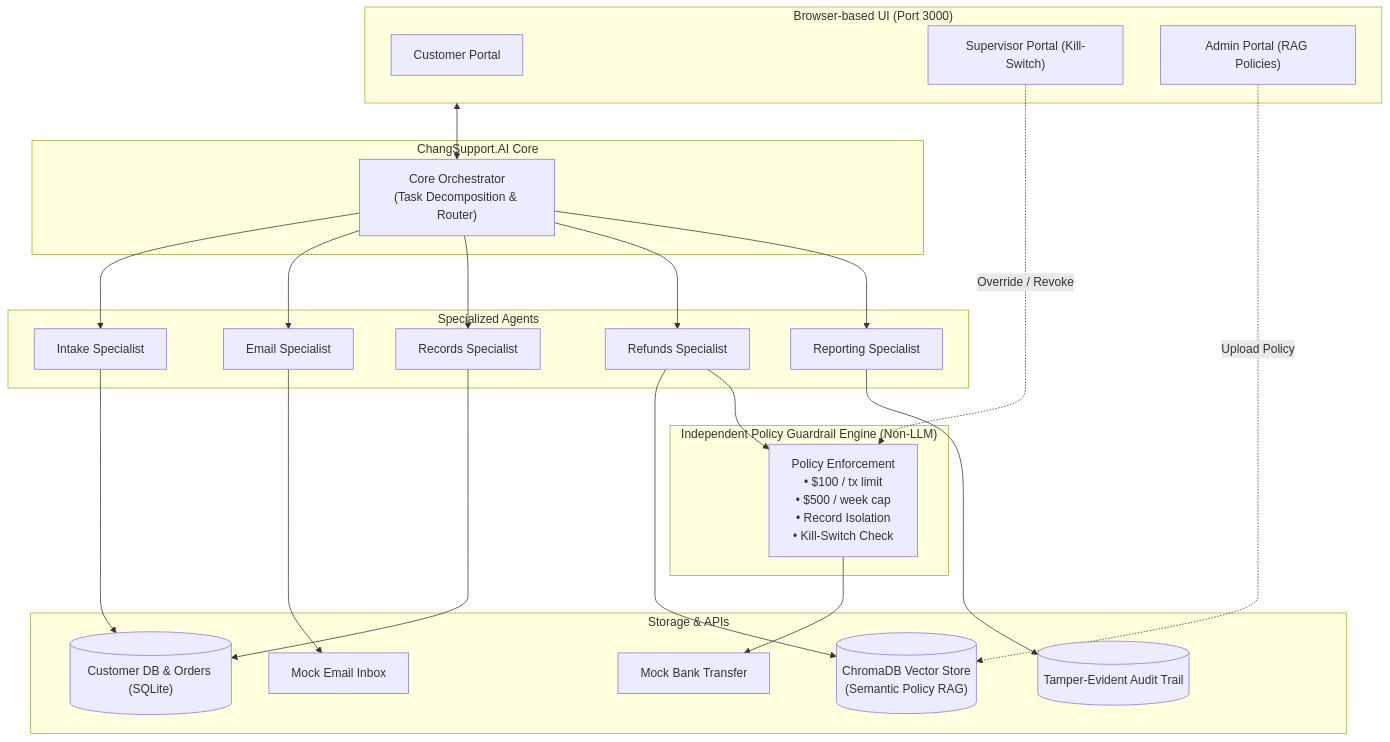
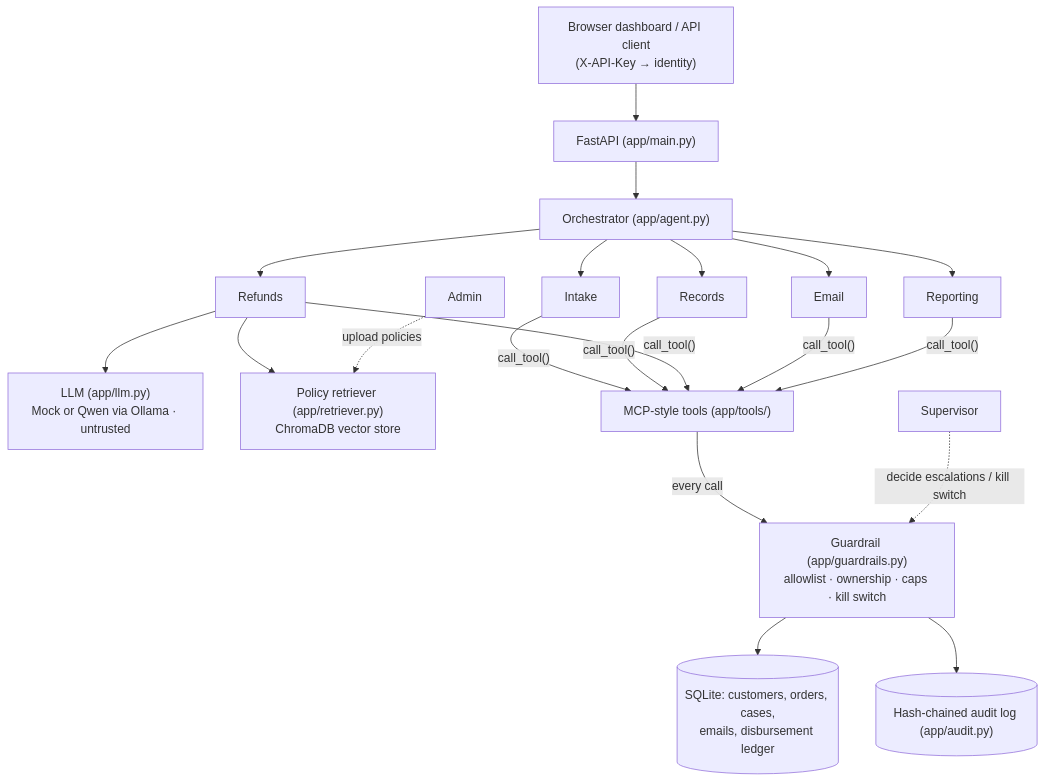
One commit to sujihancock/CSEN296-PROJECT-TEAM4 changed the diagram in README.md. Above: the diagram before and after it, drawn with Mermaid. The commit also changed other lines of this file and 11 other files, not shown here.

````diff
--- a/README.md
+++ b/README.md
@@ -24,50 +53,14 @@
 ```mermaid
 flowchart TD
-    subgraph UI ["Browser-based UI (Port 3000)"]
-        CustomerUI["Customer Portal"]
-        SupervisorUI["Supervisor Portal (Kill-Switch)"]
-        AdminUI["Admin Portal (RAG Policies)"]
-    end
-
-    subgraph Core ["ChangSupport.AI Core"]
-        Orchestrator["Core Orchestrator<br/>(Task Decomposition & Router)"]
-    end
-
-    subgraph Agents ["Specialized Agents"]
-        Intake["Intake Specialist"]
-        Email["Email Specialist"]
-        Records["Records Specialist"]
-        Refunds["Refunds Specialist"]
-        Reporting["Reporting Specialist"]
-    end
-
-    subgraph PolicyLayer ["Independent Policy Guardrail Engine (Non-LLM)"]
-        Guardrails["Policy Enforcement<br/>• $100 / tx limit<br/>• $500 / week cap<br/>• Record Isolation<br/>• Kill-Switch Check"]
-    end
-
-    subgraph Resources ["Storage & APIs"]
-        RAG[("ChromaDB Vector Store<br/>(Semantic Policy RAG)")]
-        DB[("Customer DB & Orders (SQLite)")]
-        BankAPI["Mock Bank Transfer"]
-        AuditLog[("Tamper-Evident Audit Trail")]
-        MockEmail["Mock Email Inbox"]
-    end
-
-    UI <--> Orchestrator
-    Orchestrator --> Intake
-    Orchestrator --> Email
-    Orchestrator --> Records
-    Orchestrator --> Refunds
-    Orchestrator --> Reporting
-
-    Intake --> DB
-    Email --> MockEmail
-    Records --> DB
-    Refunds --> RAG
-    Refunds --> Guardrails
-    Guardrails --> BankAPI
-    Reporting --> AuditLog
-
-    SupervisorUI -.->|"Override / Revoke"| Guardrails
-    AdminUI -.->|"Upload Policy"| RAG
+    UI["Browser dashboard / API client<br/>(X-API-Key → identity)"] --> API["FastAPI (app/main.py)"]
+    API --> Orch["Orchestrator (app/agent.py)"]
+    Orch --> Intake & Records & Refunds & Email & Reporting
+    Refunds --> LLM["LLM (app/llm.py)<br/>Mock or Qwen via Ollama · untrusted"]
+    Refunds --> RAG["Policy retriever (app/retriever.py)<br/>ChromaDB vector store"]
+    Intake & Records & Refunds & Email & Reporting -->|"call_tool()"| Tools["MCP-style tools (app/tools/)"]
+    Tools -->|"every call"| G["Guardrail (app/guardrails.py)<br/>allowlist · ownership · caps · kill switch"]
+    G --> DB[("SQLite: customers, orders, cases,<br/>emails, disbursement ledger")]
+    G --> Audit[("Hash-chained audit log (app/audit.py)")]
+    Sup["Supervisor"] -.->|"decide escalations / kill switch"| G
+    Admin["Admin"] -.->|"upload policies"| RAG
 ```
````
